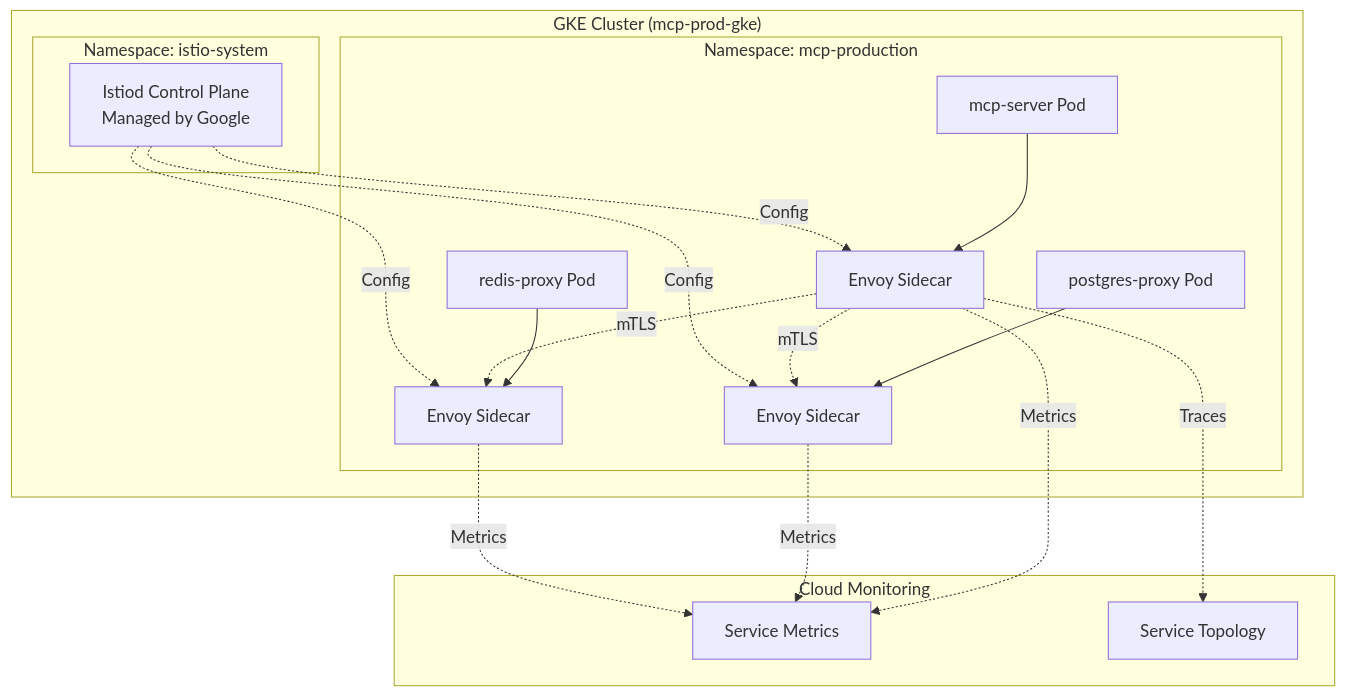
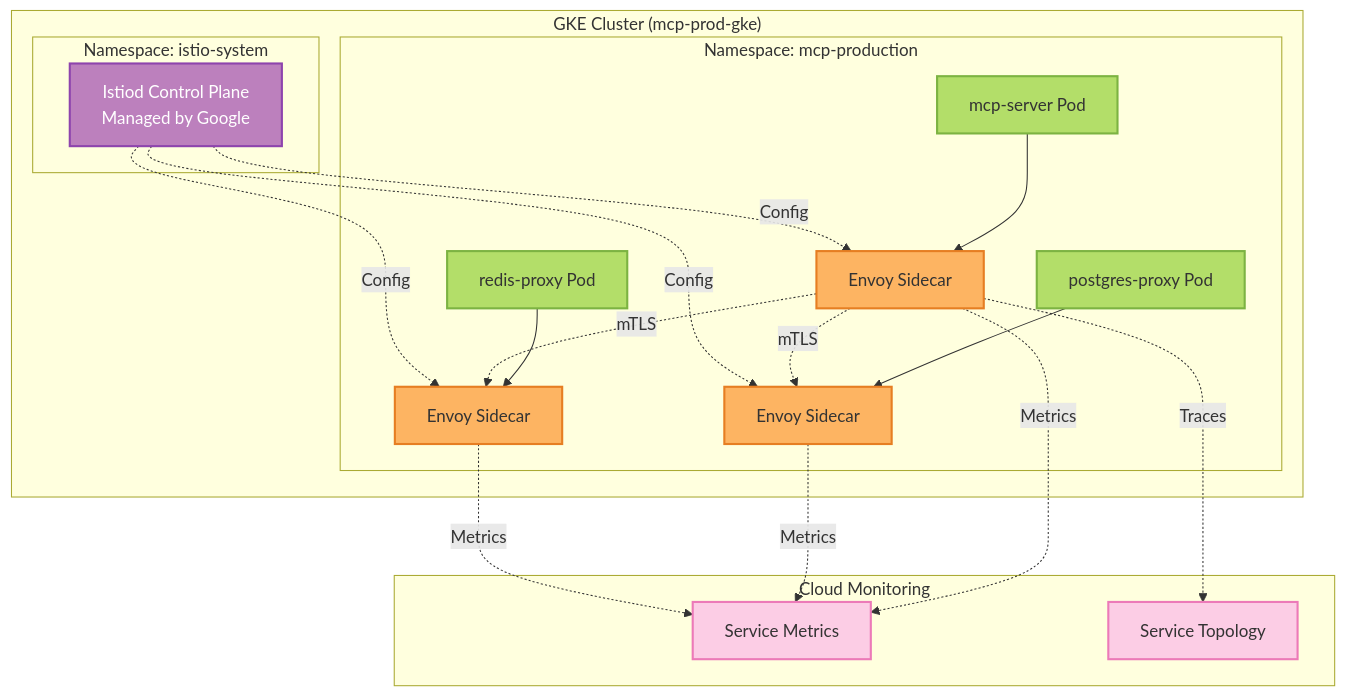
One commit to vishnu2kmohan/mcp-server-langgraph changed the diagram in docs/deployment/service-mesh.mdx. Above: the diagram before and after it, drawn with Mermaid. The commit also changed 13 other files, not shown here.

First line of the commit message:
docs: apply ColorBrewer2 Set3 styling to all remaining diagrams and enforce standards

````diff
--- a/docs/deployment/service-mesh.mdx
+++ b/docs/deployment/service-mesh.mdx
@@ -88,39 +88,50 @@
 ```mermaid
 flowchart TB
     subgraph "GKE Cluster (mcp-prod-gke)"
         subgraph "Namespace: istio-system"
             CP[Istiod Control Plane<br/>Managed by Google]
         end
 
         subgraph "Namespace: mcp-production"
             A[mcp-server Pod]
             A1[Envoy Sidecar]
             B[postgres-proxy Pod]
             B1[Envoy Sidecar]
             C[redis-proxy Pod]
             C1[Envoy Sidecar]
         end
 
         A --> A1
         B --> B1
         C --> C1
 
         A1 -.mTLS.-> B1
         A1 -.mTLS.-> C1
 
         CP -.Config.-> A1
         CP -.Config.-> B1
         CP -.Config.-> C1
     end
 
     subgraph "Cloud Monitoring"
         M[Service Metrics]
         T[Service Topology]
     end
 
     A1 -.Metrics.-> M
     B1 -.Metrics.-> M
     C1 -.Metrics.-> M
 
     A1 -.Traces.-> T
+
+    %% ColorBrewer2 Set3 palette - each component type uniquely colored
+    classDef controlPlaneStyle fill:#bc80bd,stroke:#8e44ad,stroke-width:2px,color:#fff
+    classDef appPodStyle fill:#b3de69,stroke:#7cb342,stroke-width:2px,color:#333
+    classDef sidecarStyle fill:#fdb462,stroke:#e67e22,stroke-width:2px,color:#333
+    classDef monitoringStyle fill:#fccde5,stroke:#ec7ab8,stroke-width:2px,color:#333
+
+    class CP controlPlaneStyle
+    class A,B,C appPodStyle
+    class A1,B1,C1 sidecarStyle
+    class M,T monitoringStyle
 ```
````
